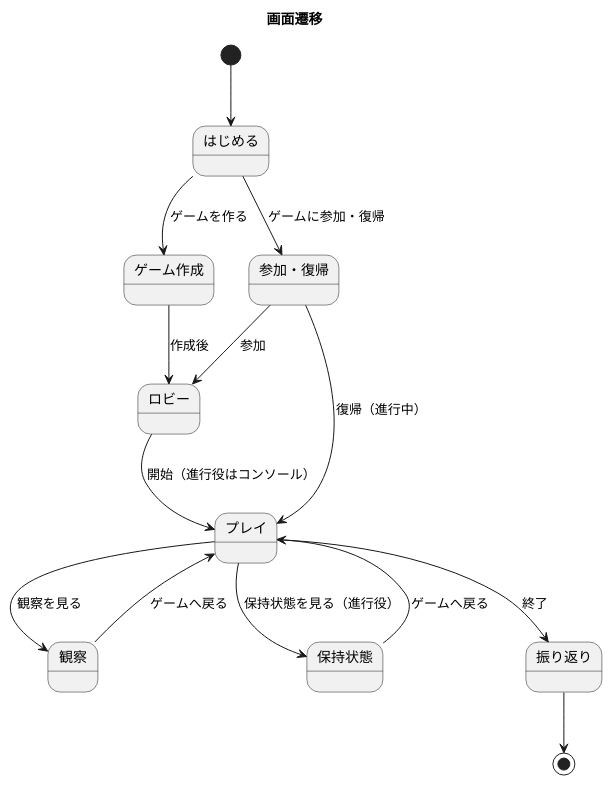
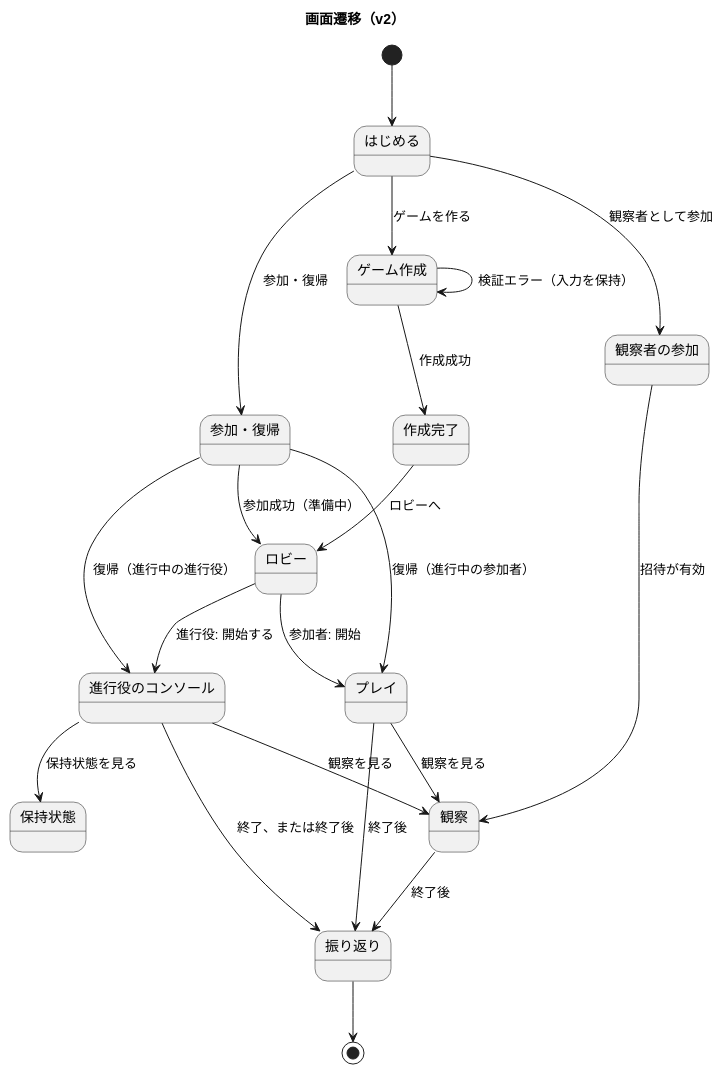
Before and after one commit to k2works/case-study-beer-game-simulation: the second of 2 diagrams in docs/design/beer-game2/architecture-frontend.md, drawn with PlantUML. The commit also changed other lines of this file and 5 other files, not shown here.

````diff
--- a/docs/design/beer-game2/architecture-frontend.md
+++ b/docs/design/beer-game2/architecture-frontend.md
@@ -81,28 +112,38 @@
 ```plantuml
 @startuml
-title 画面遷移
+title 画面遷移（v2）
 
 state "はじめる" as Welcome
 state "ゲーム作成" as Create
+state "作成完了" as Created
 state "参加・復帰" as Join
+state "観察者の参加" as ObserverJoin
 state "ロビー" as Lobby
 state "プレイ" as Play
+state "進行役のコンソール" as Console
 state "観察" as Observation
+state "振り返り" as Review
 state "保持状態" as Retention
-state "振り返り" as Review
 
 [*] --> Welcome
 Welcome --> Create : ゲームを作る
-Welcome --> Join : ゲームに参加・復帰
-Create --> Lobby : 作成後
-Join --> Lobby : 参加
-Join --> Play : 復帰（進行中）
-Lobby --> Play : 開始（進行役はコンソール）
-Play --> Review : 終了
+Welcome --> Join : 参加・復帰
+Welcome --> ObserverJoin : 観察者として参加
+Create --> Create : 検証エラー（入力を保持）
+Create --> Created : 作成成功
+Created --> Lobby : ロビーへ
+Join --> Lobby : 参加成功（準備中）
+Join --> Play : 復帰（進行中の参加者）
+Join --> Console : 復帰（進行中の進行役）
+ObserverJoin --> Observation : 招待が有効
+Lobby --> Play : 参加者: 開始
+Lobby --> Console : 進行役: 開始する
+Play --> Review : 終了後
+Console --> Review : 終了、または終了後
 Play --> Observation : 観察を見る
-Play --> Retention : 保持状態を見る（進行役）
-Observation --> Play : ゲームへ戻る
-Retention --> Play : ゲームへ戻る
+Console --> Observation : 観察を見る
+Console --> Retention : 保持状態を見る
+Observation --> Review : 終了後
 Review --> [*]
 @enduml
 ```
````
